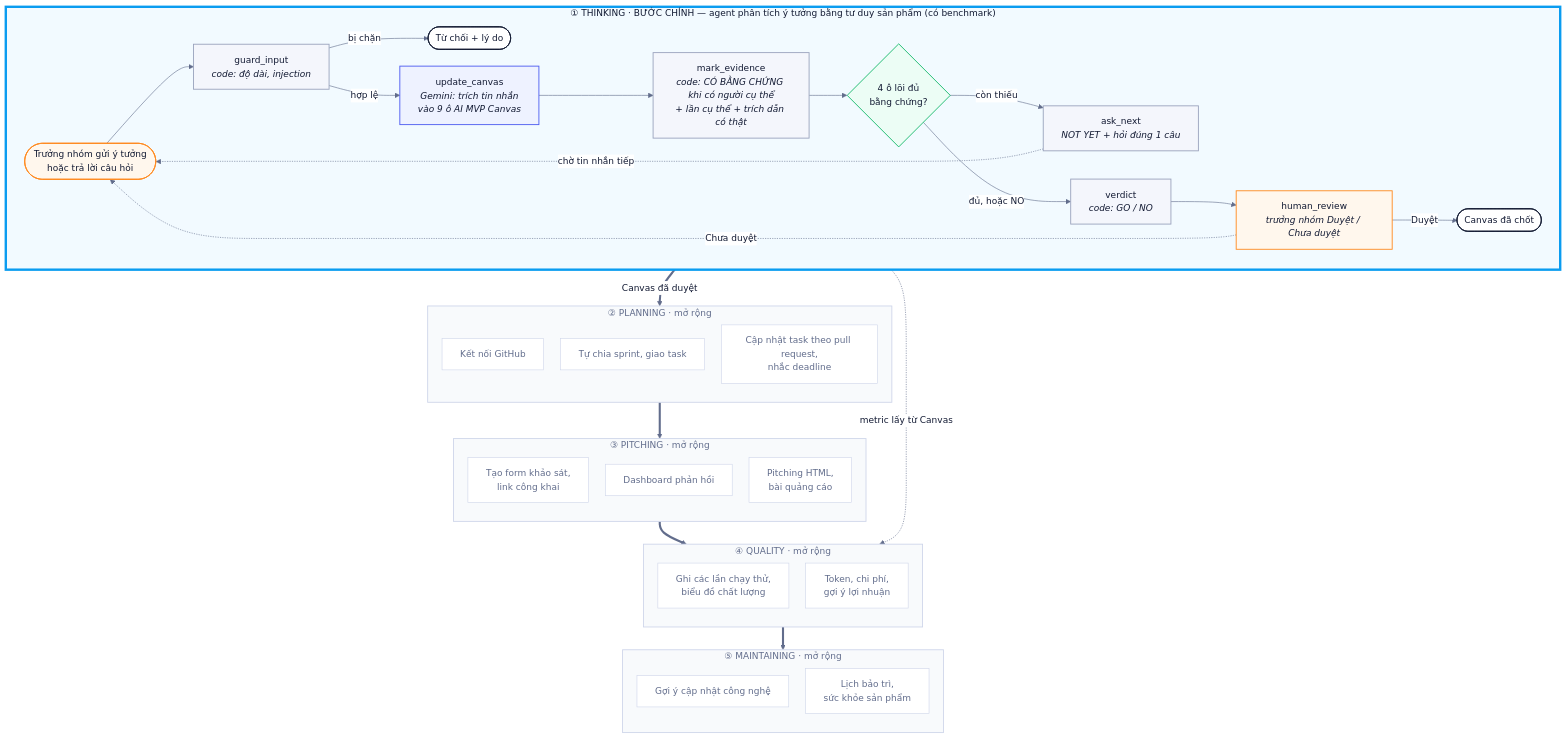
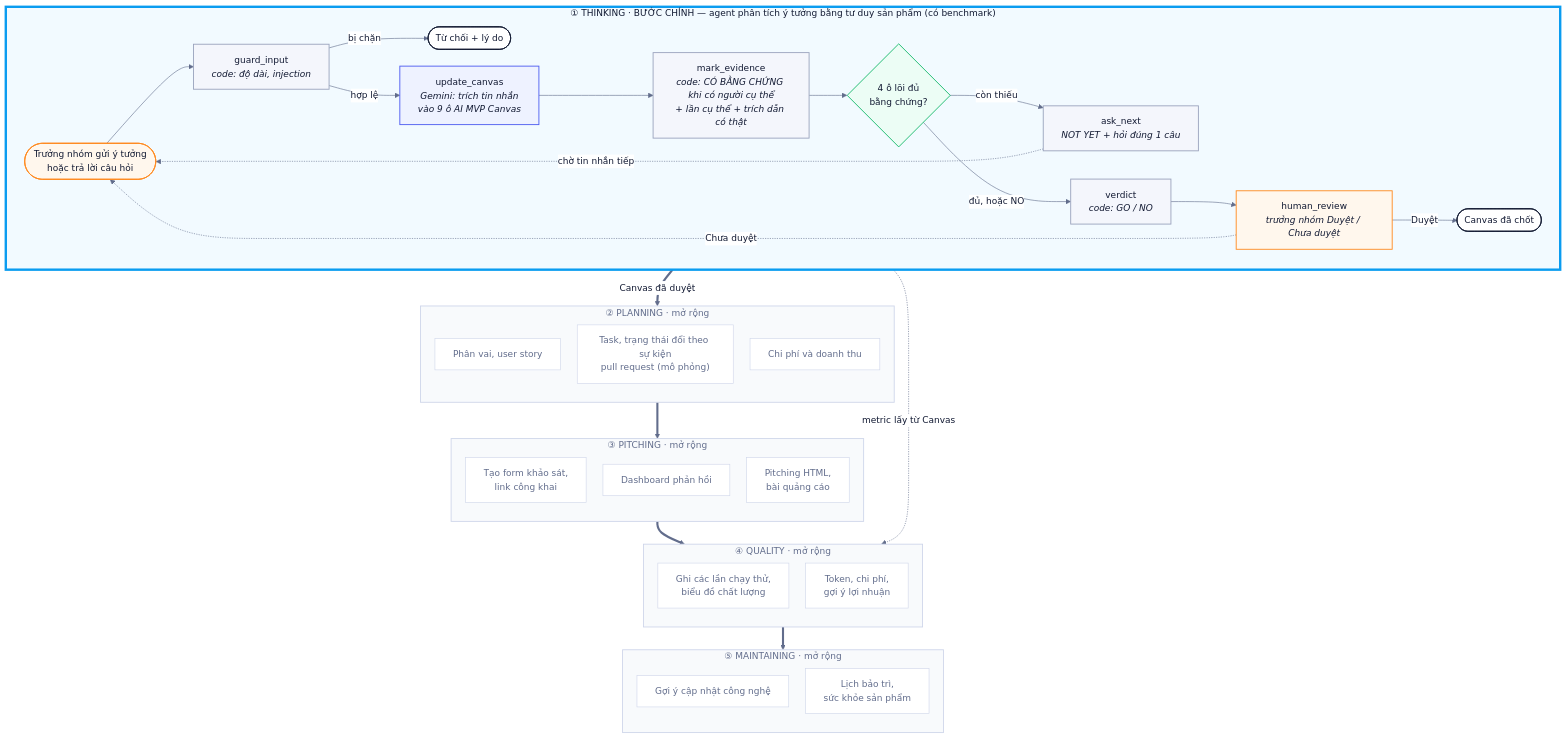
One commit to HieuCaoTlu/K5-Day15-L3B-Chiikawa changed the diagram in docs/agent-architecture.mmd. Above: the diagram before and after it, drawn with Mermaid. The commit also changed 3 other files, not shown here.

Commit message:
docs(cp2): điền đủ spec.md, hồ sơ đánh giá eval/README.md, sửa sơ đồ theo hiện trạng các module

```diff
--- a/docs/agent-architecture.mmd
+++ b/docs/agent-architecture.mmd
@@ -1,57 +1,57 @@
 %%{init: {"theme": "base", "flowchart": {"curve": "basis", "nodeSpacing": 28, "rankSpacing": 38}, "themeVariables": {"fontFamily": "Be Vietnam Pro, Segoe UI, Arial", "fontSize": "15px", "primaryColor": "#ffffff", "primaryBorderColor": "#cfd6ea", "primaryTextColor": "#121a33", "lineColor": "#626d8c"}}}%%
 flowchart TB
     subgraph T["① THINKING · BƯỚC CHÍNH — agent phân tích ý tưởng bằng tư duy sản phẩm (có benchmark)"]
         direction LR
         U(["Trưởng nhóm gửi ý tưởng<br/>hoặc trả lời câu hỏi"]):::human --> G["guard_input<br/><i>code: độ dài, injection</i>"]:::code
         G -- "bị chặn" --> B(["Từ chối + lý do"]):::out
         G -- "hợp lệ" --> X["update_canvas<br/><i>Gemini: trích tin nhắn<br/>vào 9 ô AI MVP Canvas</i>"]:::llm
         X --> E["mark_evidence<br/><i>code: CÓ BẰNG CHỨNG khi có người cụ thể<br/>+ lần cụ thể + trích dẫn có thật</i>"]:::code
         E --> R{"4 ô lõi đủ<br/>bằng chứng?"}:::route
         R -- "còn thiếu" --> Q["ask_next<br/><i>NOT YET + hỏi đúng 1 câu</i>"]:::code
         Q -. "chờ tin nhắn tiếp" .-> U
         R -- "đủ, hoặc NO" --> V["verdict<br/><i>code: GO / NO</i>"]:::code
         V --> H["human_review<br/><i>trưởng nhóm Duyệt / Chưa duyệt</i>"]:::human
         H -- "Duyệt" --> F(["Canvas đã chốt"]):::out
         H -. "Chưa duyệt" .-> U
     end
 
     subgraph P["② PLANNING · mở rộng"]
         direction TB
-        p1["Kết nối GitHub"]:::ext
-        p2["Tự chia sprint, giao task"]:::ext
-        p3["Cập nhật task theo pull request,<br/>nhắc deadline"]:::ext
+        p1["Phân vai, user story"]:::ext
+        p2["Task, trạng thái đổi theo sự kiện<br/>pull request (mô phỏng)"]:::ext
+        p3["Chi phí và doanh thu"]:::ext
     end
     subgraph S["③ PITCHING · mở rộng"]
         direction TB
         s1["Tạo form khảo sát,<br/>link công khai"]:::ext
         s2["Dashboard phản hồi"]:::ext
         s3["Pitching HTML,<br/>bài quảng cáo"]:::ext
     end
     subgraph QL["④ QUALITY · mở rộng"]
         direction TB
         q1["Ghi các lần chạy thử,<br/>biểu đồ chất lượng"]:::ext
         q2["Token, chi phí,<br/>gợi ý lợi nhuận"]:::ext
     end
     subgraph M["⑤ MAINTAINING · mở rộng"]
         direction TB
         m1["Gợi ý cập nhật công nghệ"]:::ext
         m2["Lịch bảo trì,<br/>sức khỏe sản phẩm"]:::ext
     end
 
     T ==>|"Canvas đã duyệt"| P
     P ==> S
     S ==> QL
     QL ==> M
     T -. "metric lấy từ Canvas" .-> QL
 
     classDef human fill:#fff7ed,stroke:#ff8a1f,stroke-width:1.5px,color:#121a33;
     classDef code fill:#f4f6fc,stroke:#9aa3bd,stroke-width:1.5px,color:#121a33;
     classDef llm fill:#eef2ff,stroke:#4d5bf0,stroke-width:1.5px,color:#121a33;
     classDef route fill:#ecfdf5,stroke:#14b86a,stroke-width:1.5px,color:#121a33;
     classDef out fill:#ffffff,stroke:#121a33,stroke-width:1.5px,color:#121a33;
     classDef ext fill:#ffffff,stroke:#cfd6ea,stroke-width:1px,color:#626d8c;
     style T fill:#f2faff,stroke:#0a9cf0,stroke-width:4px,color:#121a33
     style P fill:#f8fafc,stroke:#cfd6ea,stroke-width:1.5px,color:#626d8c
     style S fill:#f8fafc,stroke:#cfd6ea,stroke-width:1.5px,color:#626d8c
     style QL fill:#f8fafc,stroke:#cfd6ea,stroke-width:1.5px,color:#626d8c
     style M fill:#f8fafc,stroke:#cfd6ea,stroke-width:1.5px,color:#626d8c
```
